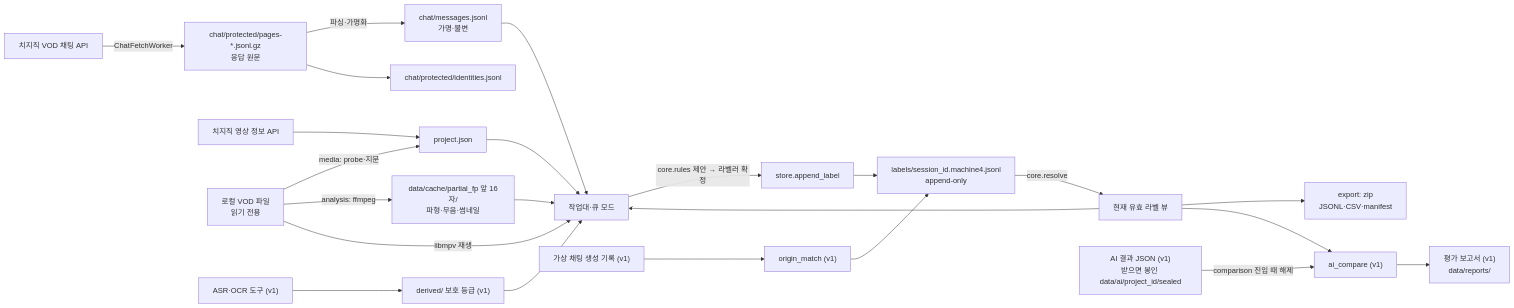
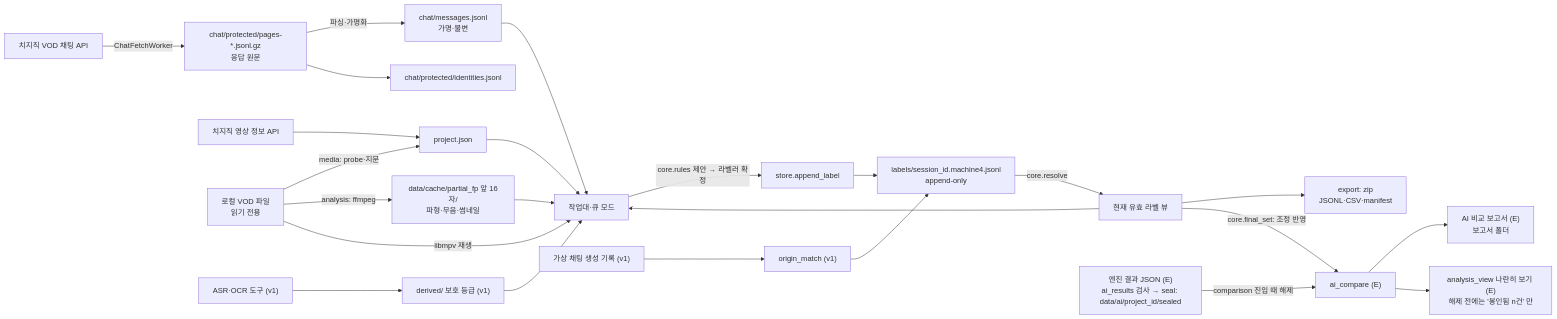
The second of 4 diagrams in docs/design/02-architecture.md (vtubeadmirer/chatcoach), drawn with Mermaid before and after one commit. The commit also changed other lines of this file and 35 other files, not shown here.

First line of the commit message:
E단계 첫 묶음(방송 분석): 엔진 결과 봉인·해제, 최종 세트, AI 비교 보고서, 엔진↔사람 나란히 보기

````diff
--- a/docs/design/02-architecture.md
+++ b/docs/design/02-architecture.md
@@ -598,25 +622,26 @@
 ```mermaid
 flowchart LR
   API["치지직 VOD 채팅 API"] -->|ChatFetchWorker| PAGES["chat/protected/pages-*.jsonl.gz<br/>응답 원문"]
   PAGES -->|파싱·가명화| MSG["chat/messages.jsonl<br/>가명·불변"]
   PAGES --> IDS["chat/protected/identities.jsonl"]
   VMETA["치지직 영상 정보 API"] --> PJ["project.json"]
   VOD["로컬 VOD 파일<br/>읽기 전용"] -->|media: probe·지문| PJ
   VOD -->|analysis: ffmpeg| CACHE["data/cache/partial_fp 앞 16자/<br/>파형·무음·썸네일"]
   VOD -->|libmpv 재생| UI["작업대·큐 모드"]
   MSG --> UI
   CACHE --> UI
   PJ --> UI
   UI -->|core.rules 제안 → 라벨러 확정| ST["store.append_label"]
   ST --> LAB["labels/session_id.machine4.jsonl<br/>append-only"]
   LAB -->|core.resolve| VIEW["현재 유효 라벨 뷰"]
   VIEW --> UI
   VIEW --> EXP["export: zip<br/>JSONL·CSV·manifest"]
   GEN["가상 채팅 생성 기록 (v1)"] --> ORI["origin_match (v1)"]
   ORI --> LAB
   TOOL["ASR·OCR 도구 (v1)"] --> DER["derived/ 보호 등급 (v1)"]
   DER --> UI
-  AIR["AI 결과 JSON (v1)<br/>받으면 봉인 data/ai/project_id/sealed"] -->|comparison 진입 때 해제| CMP["ai_compare (v1)"]
-  VIEW --> CMP
-  CMP --> REP["평가 보고서 (v1)<br/>data/reports/"]
+  AIR["엔진 결과 JSON (E)<br/>ai_results 검사 → seal: data/ai/project_id/sealed"] -->|comparison 진입 때 해제| CMP["ai_compare (E)"]
+  VIEW -->|core.final_set: 조정 반영| CMP
+  CMP --> REP["AI 비교 보고서 (E)<br/>보고서 폴더"]
+  CMP --> AV["analysis_view 나란히 보기 (E)<br/>해제 전에는 '봉인됨 n건' 만"]
 ```
````
